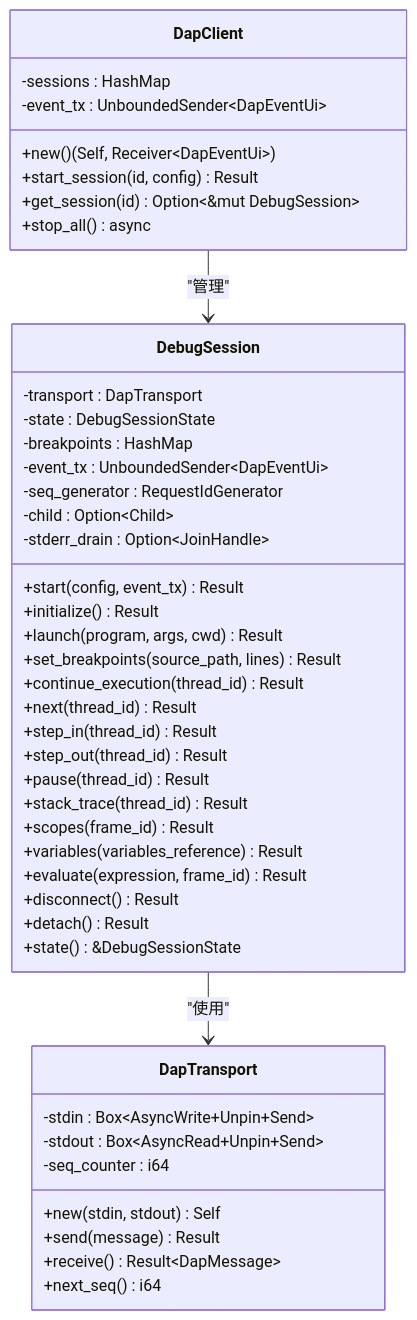
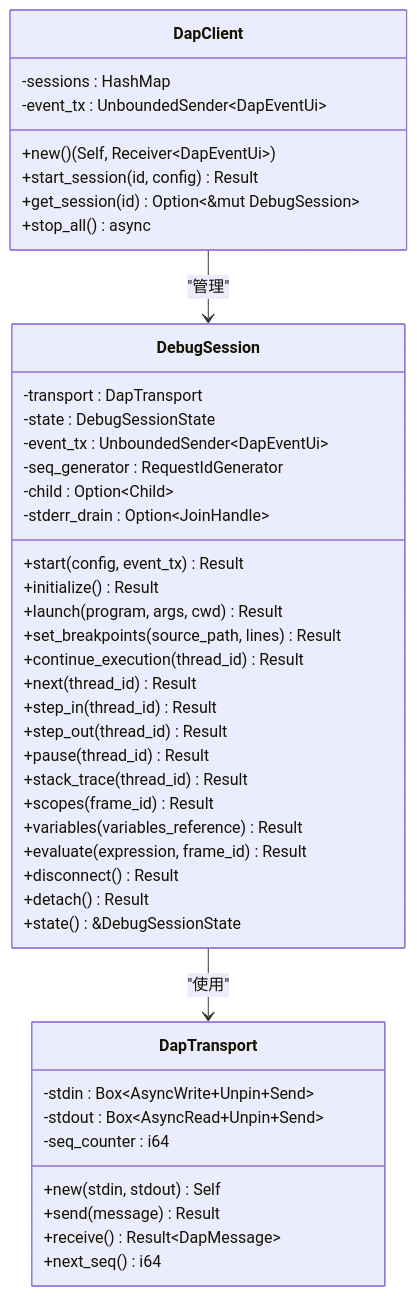
One commit to songdiyang/AetherStudio changed the fifth of 6 diagrams in .qoder/repowiki/zh/content/架构设计/语言服务集成/DAP 调试适配器协议.md. Above: the diagram before and after it, drawn with Mermaid. The commit also changed other lines of this file and 25 other files, not shown here.

````diff
--- a/.qoder/repowiki/zh/content/架构设计/语言服务集成/DAP 调试适配器协议.md
+++ b/.qoder/repowiki/zh/content/架构设计/语言服务集成/DAP 调试适配器协议.md
@@ -219,47 +229,46 @@
 ```mermaid
 classDiagram
 class DapClient {
 -sessions : HashMap<String, DebugSession>
 -event_tx : UnboundedSender~DapEventUi~
 +new() (Self, Receiver~DapEventUi~)
 +start_session(id, config) Result
 +get_session(id) Option~&mut DebugSession~
 +stop_all() async
 }
 class DebugSession {
 -transport : DapTransport
 -state : DebugSessionState
--breakpoints : HashMap
 -event_tx : UnboundedSender~DapEventUi~
 -seq_generator : RequestIdGenerator
 -child : Option~Child~
 -stderr_drain : Option~JoinHandle~
 +start(config, event_tx) Result
 +initialize() Result
 +launch(program, args, cwd) Result
 +set_breakpoints(source_path, lines) Result
 +continue_execution(thread_id) Result
 +next(thread_id) Result
 +step_in(thread_id) Result
 +step_out(thread_id) Result
 +pause(thread_id) Result
 +stack_trace(thread_id) Result
 +scopes(frame_id) Result
 +variables(variables_reference) Result
 +evaluate(expression, frame_id) Result
 +disconnect() Result
 +detach() Result
 +state() &DebugSessionState
 }
 class DapTransport {
 -stdin : Box~AsyncWrite+Unpin+Send~
 -stdout : Box~AsyncRead+Unpin+Send~
 -seq_counter : i64
 +new(stdin, stdout) Self
 +send(message) Result
 +receive() Result~DapMessage~
 +next_seq() i64
 }
 DapClient --> DebugSession : "管理"
 DebugSession --> DapTransport : "使用"
 ```
````
